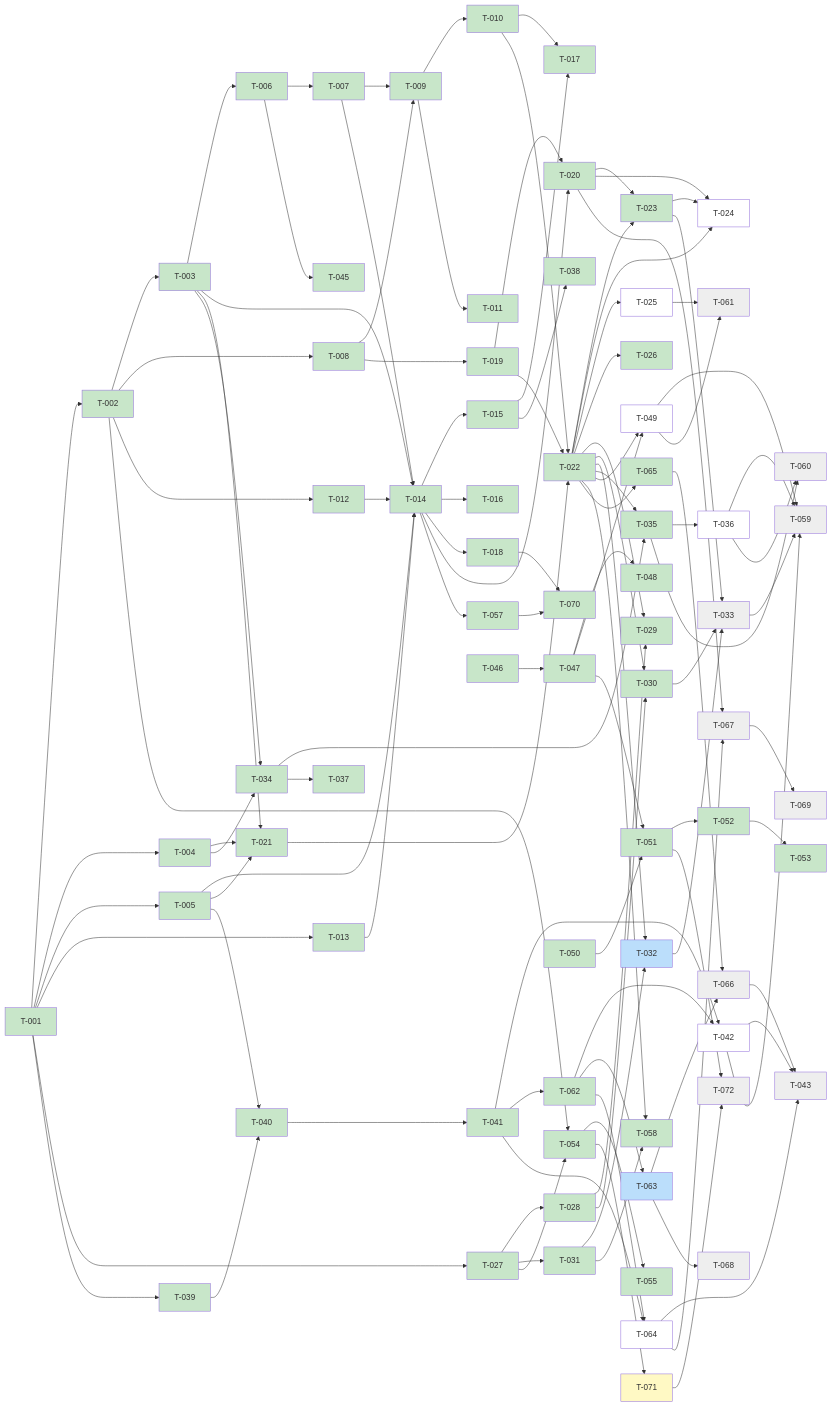
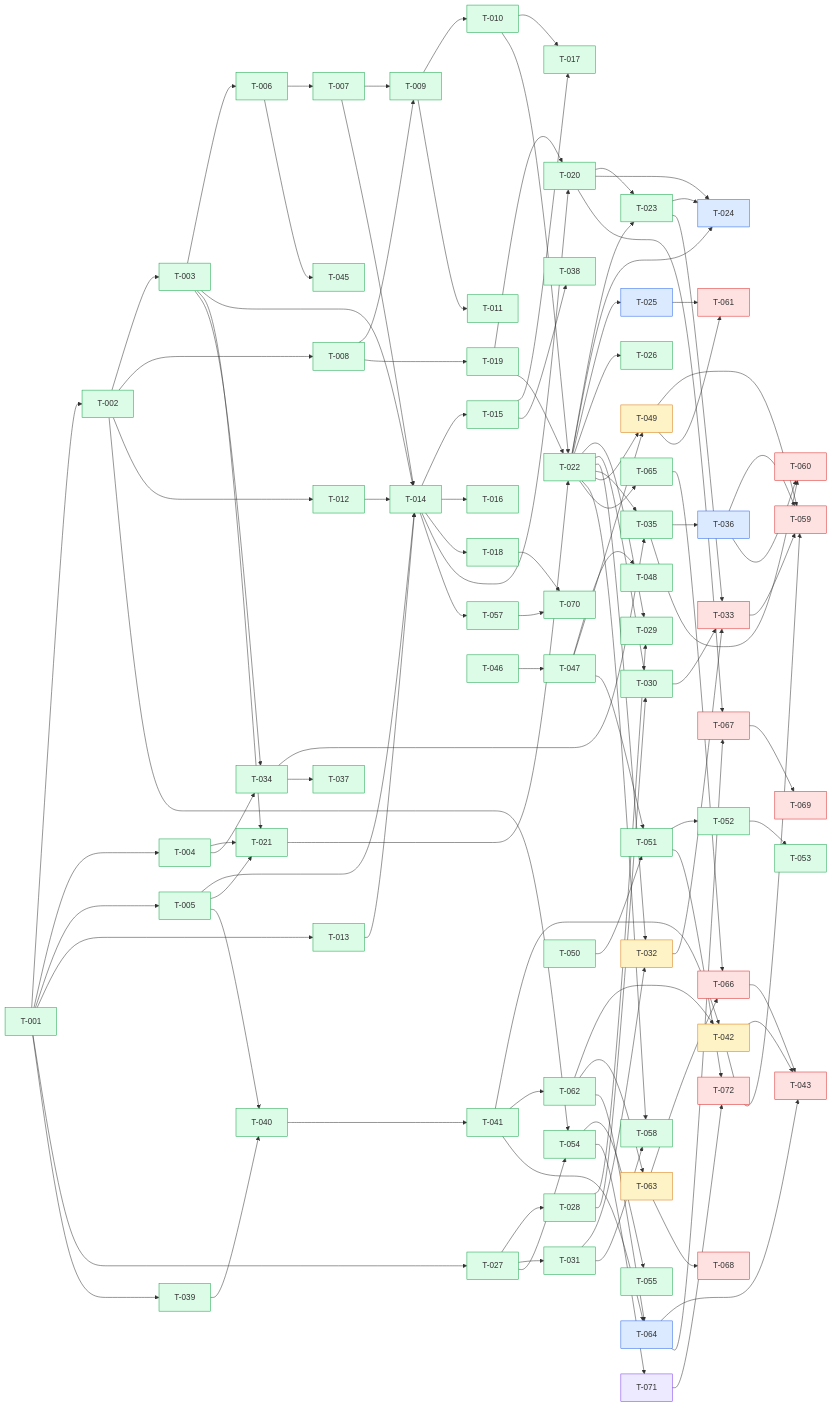
Before and after one commit to scholtz/biatec-chat: the diagram in kanban/BOARD.md, drawn with Mermaid. The commit also changed other lines of this file and 2 other files, not shown here.

Commit message:
kanban: scholtz takes and claims T-042 T-049

````diff
--- a/kanban/BOARD.md
+++ b/kanban/BOARD.md
@@ -214,14 +214,82 @@
   T054[T-054] --> T071[T-071]
   T051[T-051] --> T072[T-072]
   T071[T-071] --> T072[T-072]
-  classDef done fill:#c8e6c9
-  classDef review fill:#fff9c4
-  classDef inprogress fill:#bbdefb
-  classDef backlog fill:#ffffff
-  classDef blocked fill:#eeeeee
-  class T001,T002,T003,T004,T005,T006,T007,T008,T009,T010,T011,T012,T013,T014,T015,T016,T017,T018,T019,T020,T021,T022,T023,T026,T027,T028,T029,T030,T031,T034,T035,T037,T038,T039,T040,T041,T044,T045,T046,T047,T048,T050,T051,T052,T053,T054,T055,T056,T057,T058,T062,T065,T070 done
+  classDef backlog fill:#dbeafe,stroke:#2563eb
+  classDef prog fill:#fef3c7,stroke:#d97706
+  classDef blocked fill:#fee2e2,stroke:#dc2626
+  classDef review fill:#ede9fe,stroke:#7c3aed
+  classDef done fill:#dcfce7,stroke:#16a34a
+  class T001 done
+  class T002 done
+  class T003 done
+  class T004 done
+  class T005 done
+  class T006 done
+  class T007 done
+  class T008 done
+  class T009 done
+  class T010 done
+  class T011 done
+  class T012 done
+  class T013 done
+  class T014 done
+  class T015 done
+  class T016 done
+  class T017 done
+  class T018 done
+  class T019 done
+  class T020 done
+  class T021 done
+  class T022 done
+  class T023 done
+  class T024 backlog
+  class T025 backlog
+  class T026 done
+  class T027 done
+  class T028 done
+  class T029 done
+  class T030 done
+  class T031 done
+  class T032 prog
+  class T033 blocked
+  class T034 done
+  class T035 done
+  class T036 backlog
+  class T037 done
+  class T038 done
+  class T039 done
+  class T040 done
+  class T041 done
+  class T042 prog
+  class T043 blocked
+  class T044 done
+  class T045 done
+  class T046 done
+  class T047 done
+  class T048 done
+  class T049 prog
+  class T050 done
+  class T051 done
+  class T052 done
+  class T053 done
+  class T054 done
+  class T055 done
+  class T056 done
+  class T057 done
+  class T058 done
+  class T059 blocked
+  class T060 blocked
+  class T061 blocked
+  class T062 done
+  class T063 prog
+  class T064 backlog
+  class T065 done
+  class T066 blocked
+  class T067 blocked
+  class T068 blocked
+  class T069 blocked
+  class T070 done
   class T071 review
-  class T032,T063 inprogress
-  class T042,T024,T036,T049,T064,T025 backlog
-  class T033,T059,T043,T066,T068,T072,T060,T061,T067,T069 blocked
+  class T072 blocked
+
 ```
````
